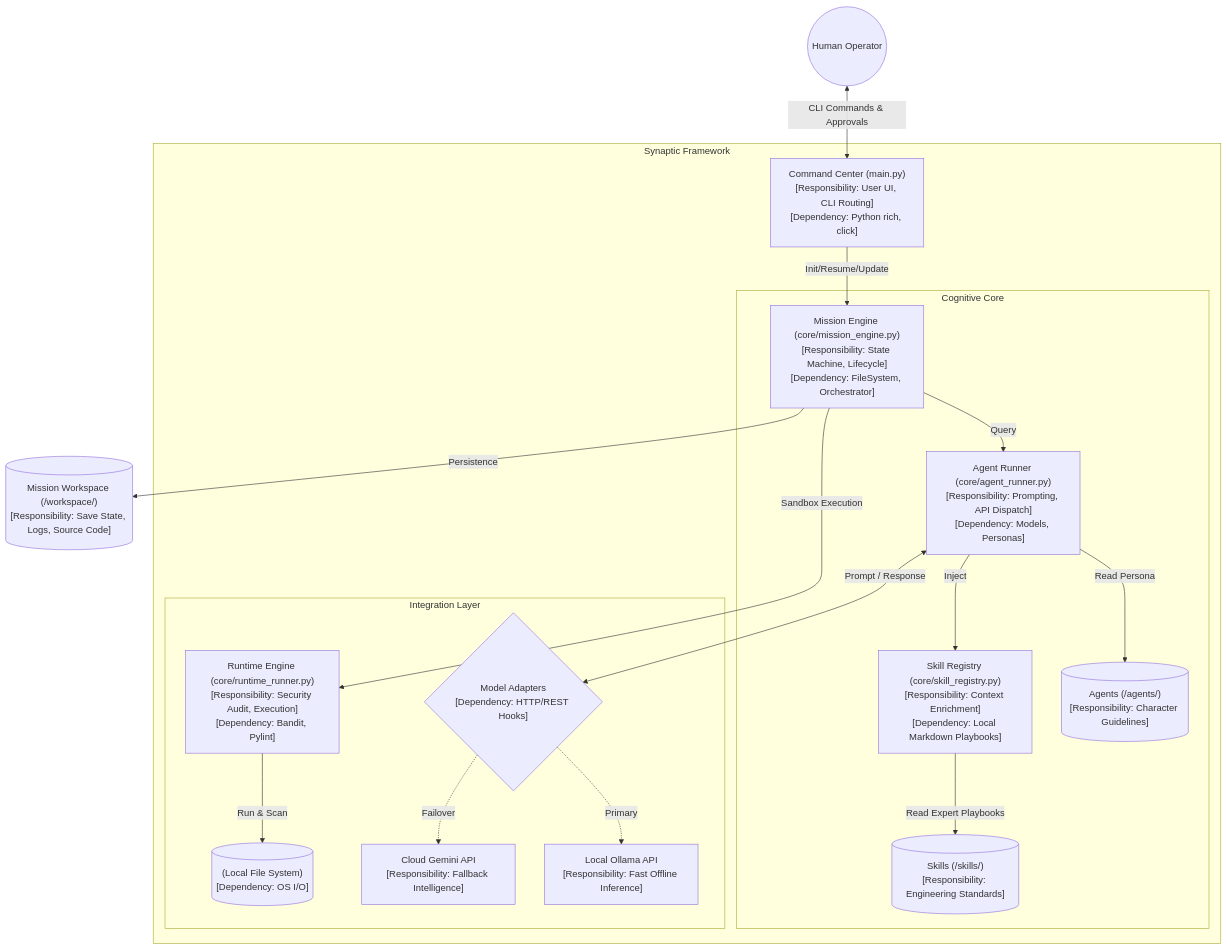
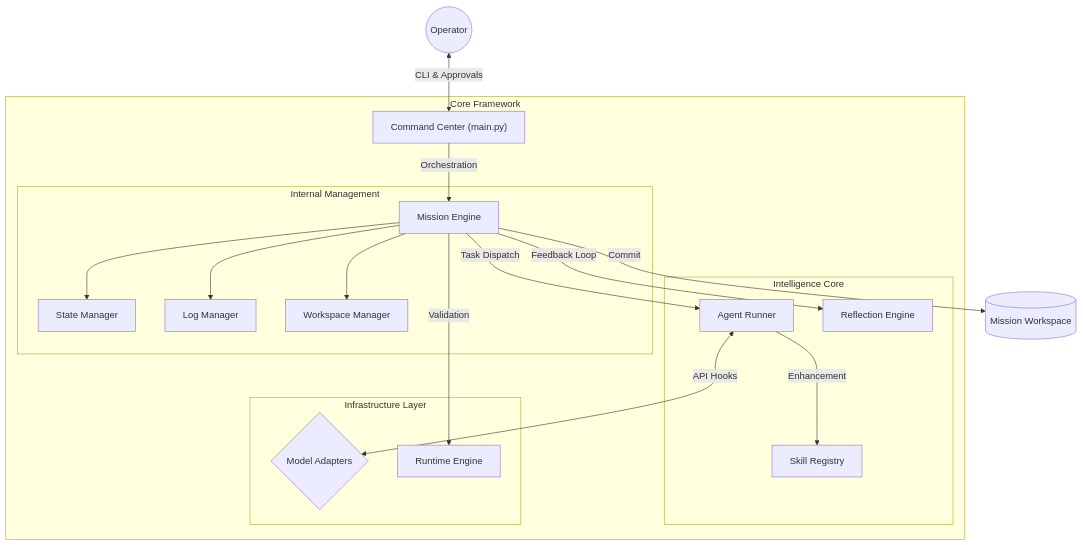
Before and after one commit to shalin-rahman/Synapticity: the first of 2 diagrams in architecture_map.md, drawn with Mermaid. The commit also changed other lines of this file and 24 other files, not shown here.

Commit message:
added self learning new commands, skills

````diff
--- a/architecture_map.md
+++ b/architecture_map.md
@@ -10,28 +32,27 @@
 ```mermaid
 graph TD
-    %% User Interaction
-    User((Human Operator)) <--> |CLI Commands & Approvals| CommandCenter["Command Center (main.py)\n[Responsibility: User UI, CLI Routing]\n[Dependency: Python rich, click]"]
+    User((Operator)) <--> |CLI & Approvals| CommandCenter["Command Center (main.py)"]
 
-    subgraph Synaptic Framework
-        CommandCenter --> |Init/Resume/Update| MissionEngine["Mission Engine (core/mission_engine.py)\n[Responsibility: State Machine, Lifecycle]\n[Dependency: FileSystem, Orchestrator]"]
+    subgraph "Core Framework"
+        CommandCenter --> |Orchestration| MissionEngine["Mission Engine"]
         
-        subgraph Cognitive Core
-            MissionEngine --> |Query| AgentOrchestrator["Agent Runner (core/agent_runner.py)\n[Responsibility: Prompting, API Dispatch]\n[Dependency: Models, Personas]"]
-            AgentOrchestrator --> |Read Persona| Personas[("Agents (/agents/)\n[Responsibility: Character Guidelines]")]
-            AgentOrchestrator --> |Inject| SkillRegistry["Skill Registry (core/skill_registry.py)\n[Responsibility: Context Enrichment]\n[Dependency: Local Markdown Playbooks]"]
-            SkillRegistry --> |Read Expert Playbooks| Playbooks[("Skills (/skills/)\n[Responsibility: Engineering Standards]")]
+        subgraph "Internal Management"
+            MissionEngine --> StateMgr["State Manager"]
+            MissionEngine --> LogMgr["Log Manager"]
+            MissionEngine --> WorkspaceMgr["Workspace Manager"]
         end
 
-        subgraph Integration Layer
-            AgentOrchestrator <--> |Prompt / Response| ModelAdapter{"Model Adapters\n[Dependency: HTTP/REST Hooks]"}
-            ModelAdapter -.-> |Primary| Ollama["Local Ollama API\n[Responsibility: Fast Offline Inference]"]
-            ModelAdapter -.-> |Failover| Gemini["Cloud Gemini API\n[Responsibility: Fallback Intelligence]"]
-            
-            MissionEngine --> |Sandbox Execution| Runtime["Runtime Engine (core/runtime_runner.py)\n[Responsibility: Security Audit, Execution]\n[Dependency: Bandit, Pylint]"]
-            Runtime --> |Run & Scan| FileSystem[("(Local File System)\n[Dependency: OS I/O]")]
+        subgraph "Intelligence Core"
+            MissionEngine --> |Task Dispatch| AgentRunner["Agent Runner"]
+            AgentRunner --> |Enhancement| SkillRegistry["Skill Registry"]
+            MissionEngine --> |Feedback Loop| ReflectionEngine["Reflection Engine"]
+        end
+
+        subgraph "Infrastructure Layer"
+            AgentRunner <--> |API Hooks| ModelAdapters{"Model Adapters"}
+            MissionEngine --> |Validation| Runtime["Runtime Engine"]
         end
     end
     
-    %% Output
-    MissionEngine --> |Persistence| Workspace[("Mission Workspace (/workspace/)\n[Responsibility: Save State, Logs, Source Code]")]
+    MissionEngine --> |Commit| Workspace[("Mission Workspace")]
 ```
````
